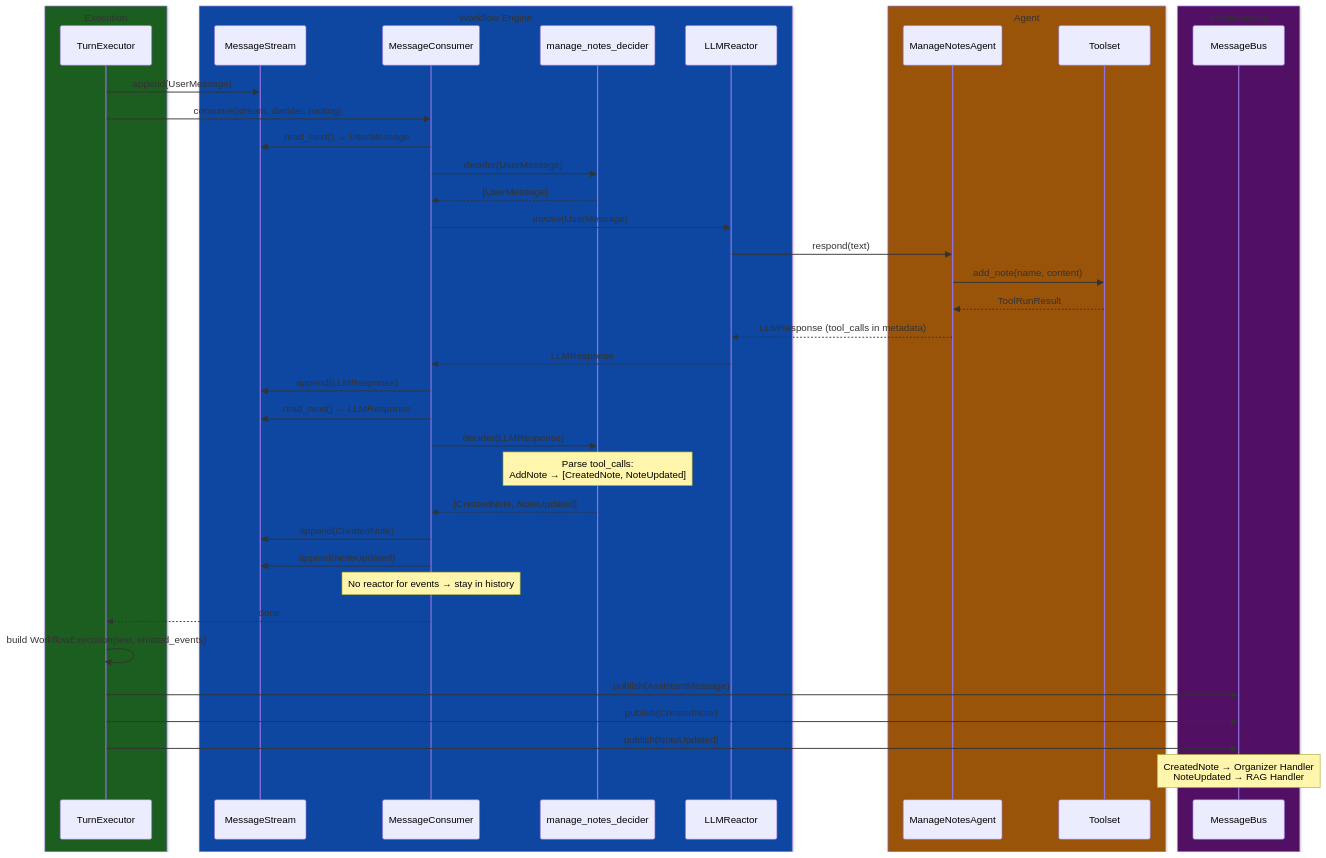
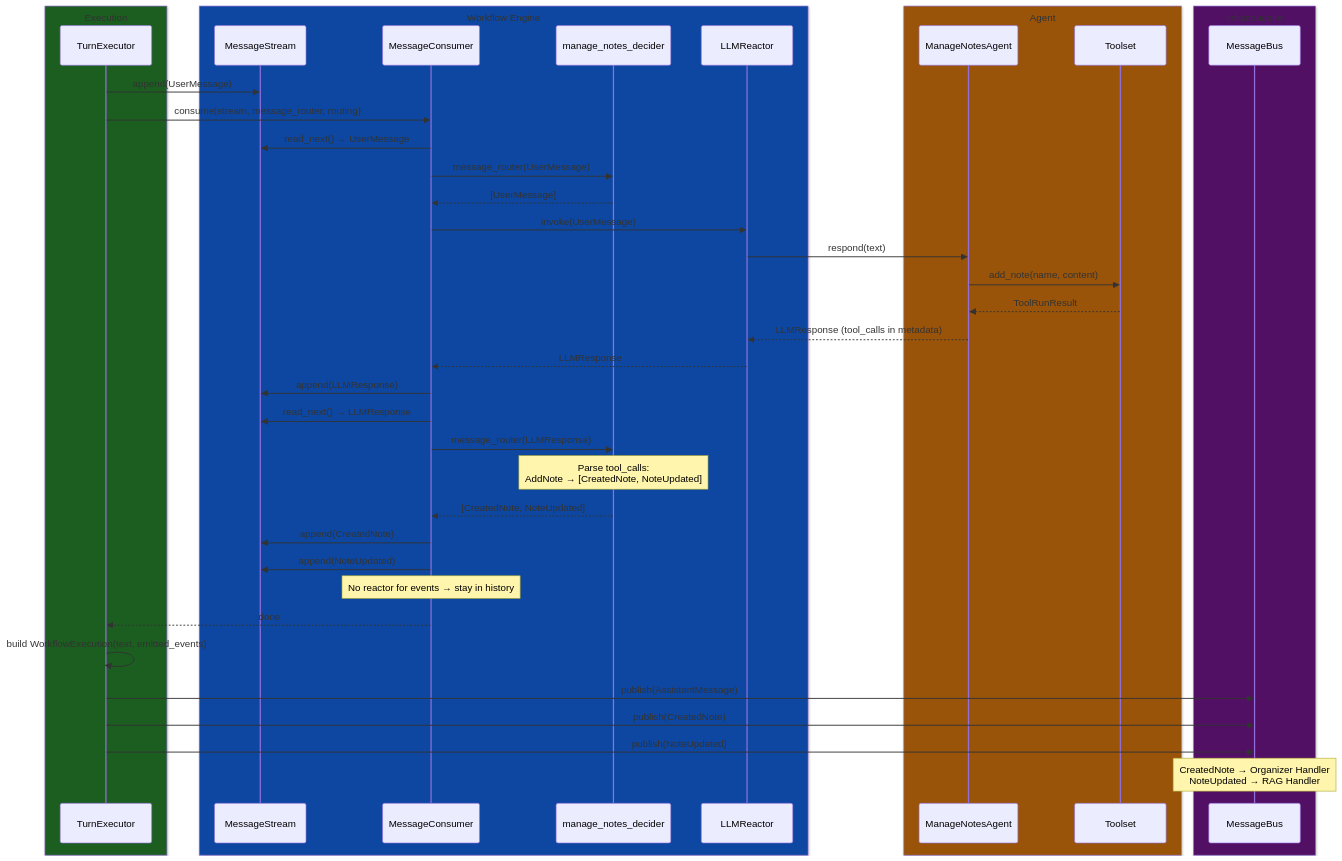
Before and after one commit to aispiritlab/aispiritlab-agentic: the fourth of 17 diagrams in packages/workshops/diagrams.md, drawn with Mermaid. The commit also changed other lines of this file and 46 other files, not shown here.

````diff
--- a/packages/workshops/diagrams.md
+++ b/packages/workshops/diagrams.md
@@ -210,54 +210,54 @@
 ```mermaid
 sequenceDiagram
   box rgb(27, 94, 32) Execution
     participant TE as TurnExecutor
   end
 
   box rgb(13, 71, 161) Workflow Engine
     participant Stream as MessageStream
     participant Consumer as MessageConsumer
-    participant Decider as manage_notes_decider
+    participant MessageRouter as manage_notes_decider
     participant Reactor as LLMReactor
   end
 
   box rgb(153, 84, 10) Agent
     participant Agent as ManageNotesAgent
     participant Tools as Toolset
   end
 
   box rgb(81, 16, 100) Infrastructure
     participant Bus as MessageBus
   end
 
   TE->>Stream: append(UserMessage)
-  TE->>Consumer: consume(stream, decider, routing)
+  TE->>Consumer: consume(stream, message_router, routing)
 
   Consumer->>Stream: read_next() → UserMessage
-  Consumer->>Decider: decider(UserMessage)
-  Decider-->>Consumer: [UserMessage]
+  Consumer->>MessageRouter: message_router(UserMessage)
+  MessageRouter-->>Consumer: [UserMessage]
   Consumer->>Reactor: invoke(UserMessage)
   Reactor->>Agent: respond(text)
   Agent->>Tools: add_note(name, content)
   Tools-->>Agent: ToolRunResult
   Agent-->>Reactor: LLMResponse (tool_calls in metadata)
   Reactor-->>Consumer: LLMResponse
   Consumer->>Stream: append(LLMResponse)
 
   Consumer->>Stream: read_next() → LLMResponse
-  Consumer->>Decider: decider(LLMResponse)
-  Note over Decider: Parse tool_calls:<br/>AddNote → [CreatedNote, NoteUpdated]
-  Decider-->>Consumer: [CreatedNote, NoteUpdated]
+  Consumer->>MessageRouter: message_router(LLMResponse)
+  Note over MessageRouter: Parse tool_calls:<br/>AddNote → [CreatedNote, NoteUpdated]
+  MessageRouter-->>Consumer: [CreatedNote, NoteUpdated]
 
   Consumer->>Stream: append(CreatedNote)
   Consumer->>Stream: append(NoteUpdated)
   Note over Consumer: No reactor for events → stay in history
 
   Consumer-->>TE: done
   TE->>TE: build WorkflowExecution(text, emitted_events)
 
   TE->>Bus: publish(AssistantMessage)
   TE->>Bus: publish(CreatedNote)
   TE->>Bus: publish(NoteUpdated)
 
   Note over Bus: CreatedNote → Organizer Handler<br/>NoteUpdated → RAG Handler
 ```
````
